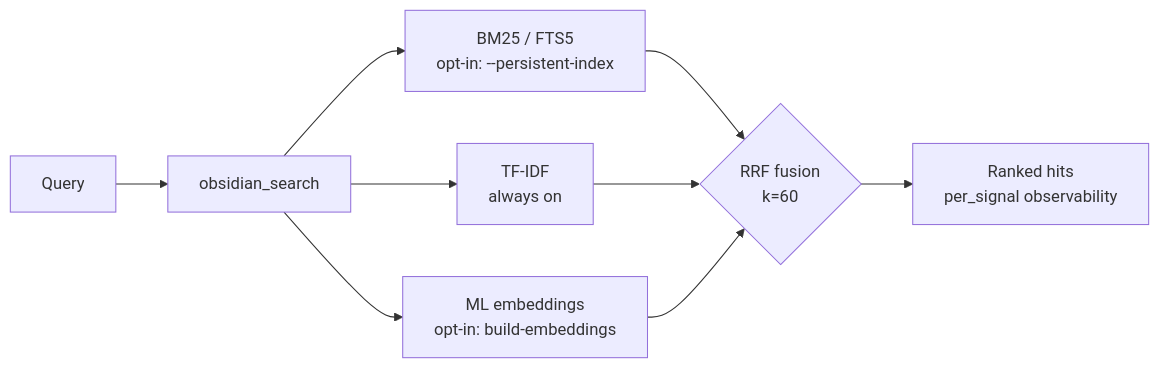
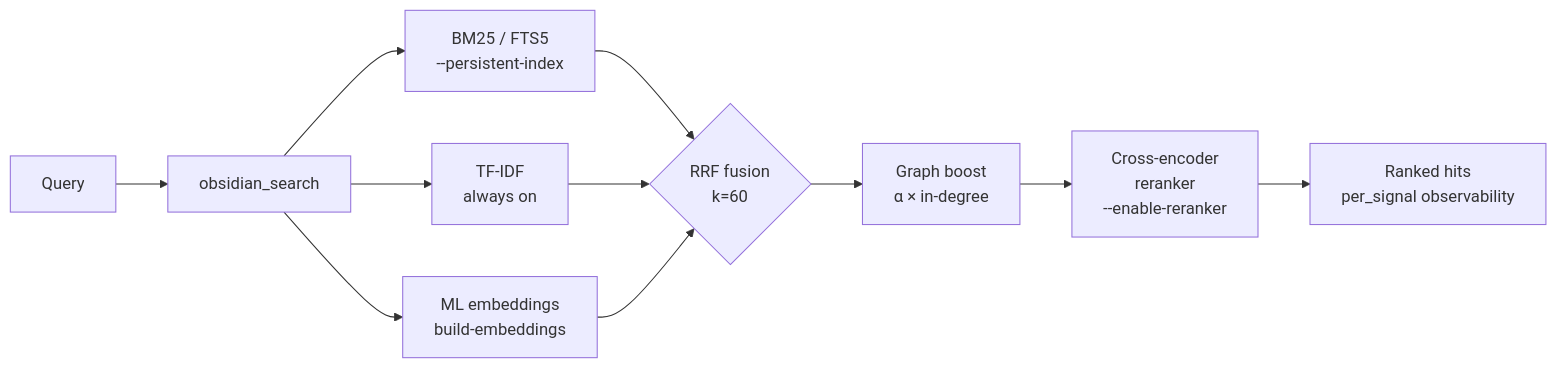
Before and after one commit to oomkapwn/enquire-mcp: the diagram in README.md, drawn with Mermaid. The commit also changed other lines of this file and 1 other file, not shown here.

````diff
--- a/README.md
+++ b/README.md
@@ -55,12 +71,14 @@
 ```mermaid
 graph LR
     Q[Query]
     Q --> S[obsidian_search]
-    S --> BM25[BM25 / FTS5<br/>opt-in: --persistent-index]
+    S --> BM25[BM25 / FTS5<br/>--persistent-index]
     S --> TFIDF[TF-IDF<br/>always on]
-    S --> EMB[ML embeddings<br/>opt-in: build-embeddings]
+    S --> EMB[ML embeddings<br/>build-embeddings]
     BM25 --> RRF{RRF fusion<br/>k=60}
     TFIDF --> RRF
     EMB --> RRF
-    RRF --> R[Ranked hits<br/>per_signal observability]
+    RRF --> GB[Graph boost<br/>α × in-degree]
+    GB --> RR[Cross-encoder<br/>reranker<br/>--enable-reranker]
+    RR --> R[Ranked hits<br/>per_signal observability]
 ```
````
